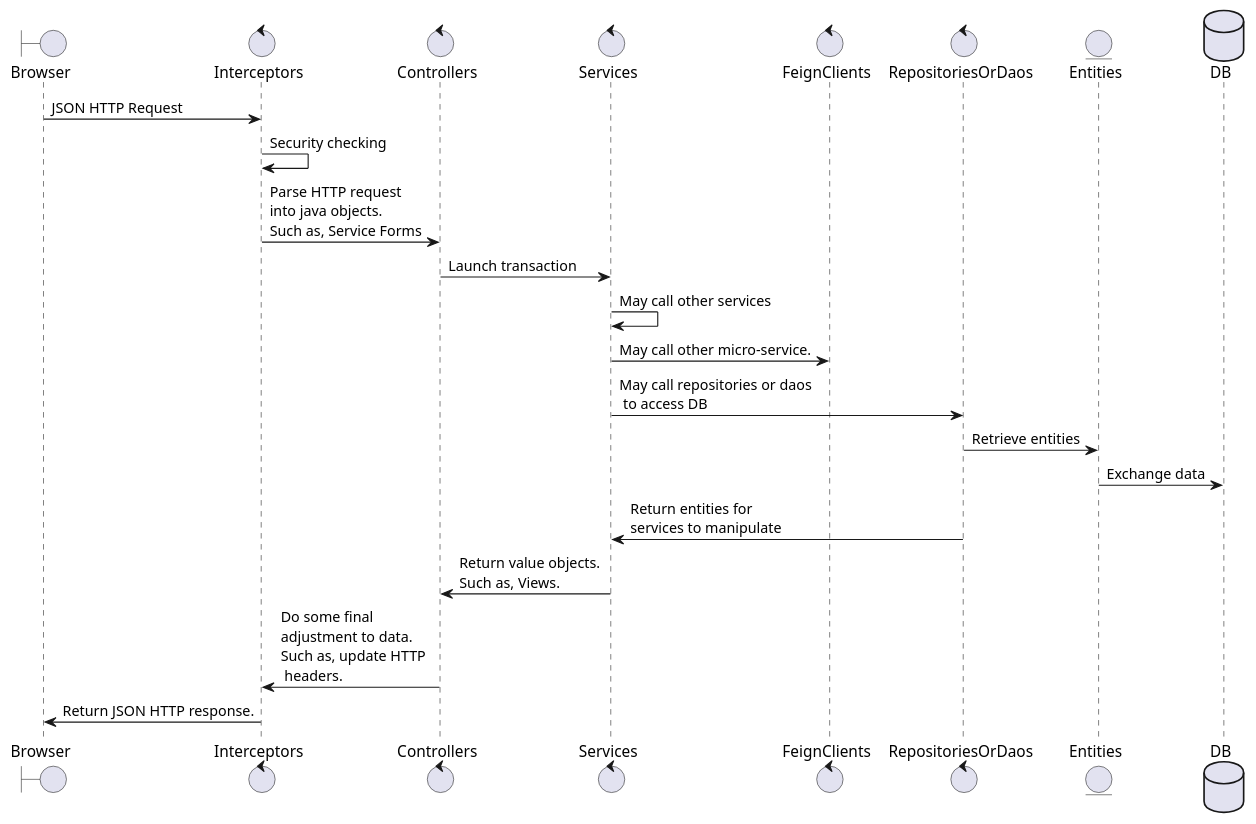
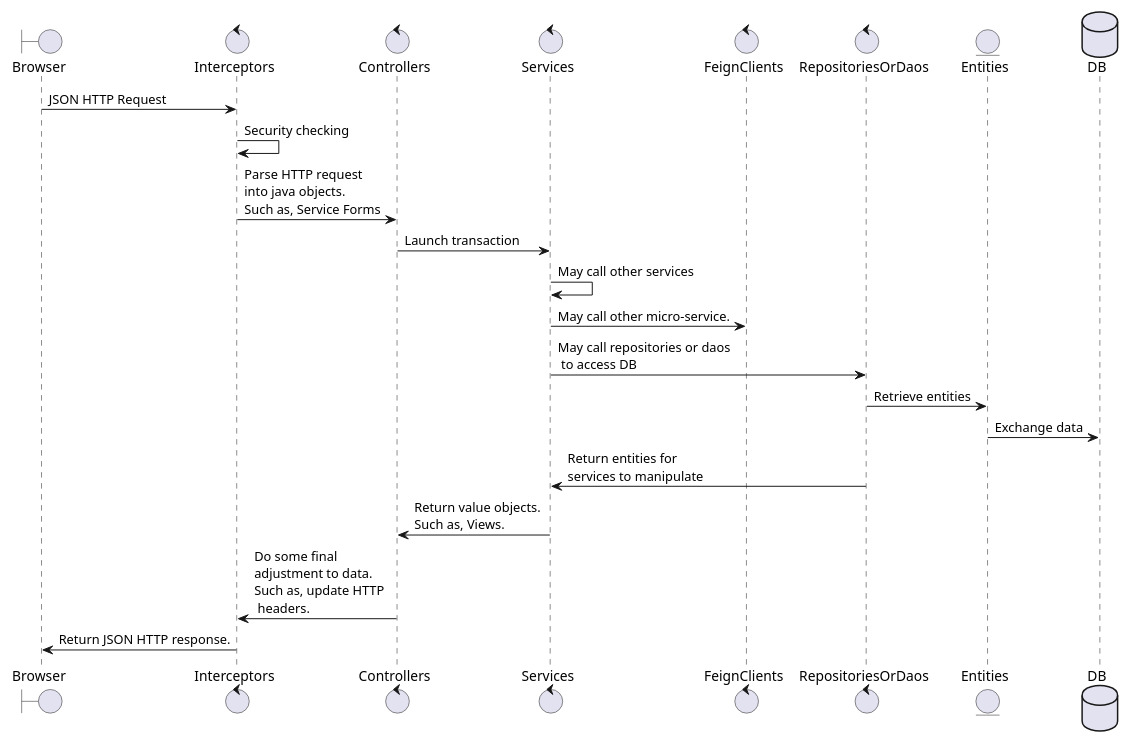
The diagram in src/main/resources/markdown/programming_guide/components_seq.puml (catkeeper1/msdemo-documents), drawn with PlantUML before and after one commit. The commit also changed 4 other files, not shown here.

```diff
--- a/src/main/resources/markdown/programming_guide/components_seq.puml
+++ b/src/main/resources/markdown/programming_guide/components_seq.puml
@@ -1,28 +1,28 @@
 @startuml
 
-
+scale max 1024 width
 
 boundary Browser
 control Interceptors
 control Controllers
 control Services
 control FeignClients
 control RepositoriesOrDaos
 entity Entities
 database DB
 
 Browser -> Interceptors : JSON HTTP Request
 Interceptors -> Interceptors : Security checking
 Interceptors -> Controllers : Parse HTTP request \ninto java objects. \nSuch as, Service Forms
 Controllers -> Services : Launch transaction
 Services -> Services : May call other services
 Services -> FeignClients: May call other micro-service.
 Services -> RepositoriesOrDaos : May call repositories or daos\n to access DB
 RepositoriesOrDaos -> Entities : Retrieve entities
 Entities -> DB : Exchange data
 RepositoriesOrDaos -> Services : Return entities for \nservices to manipulate
 Services -> Controllers : Return value objects. \nSuch as, Views.
 Controllers -> Interceptors : Do some final \nadjustment to data. \nSuch as, update HTTP\n headers.
 Interceptors -> Browser: Return JSON HTTP response.
 
 @enduml
```
